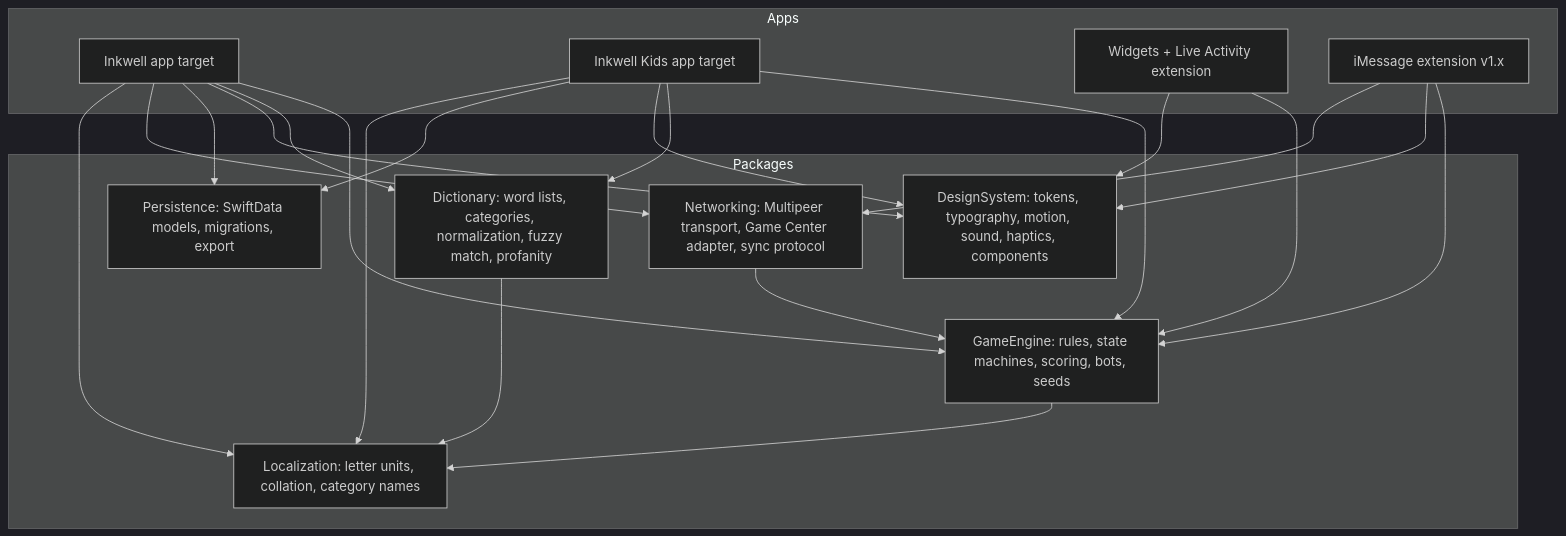
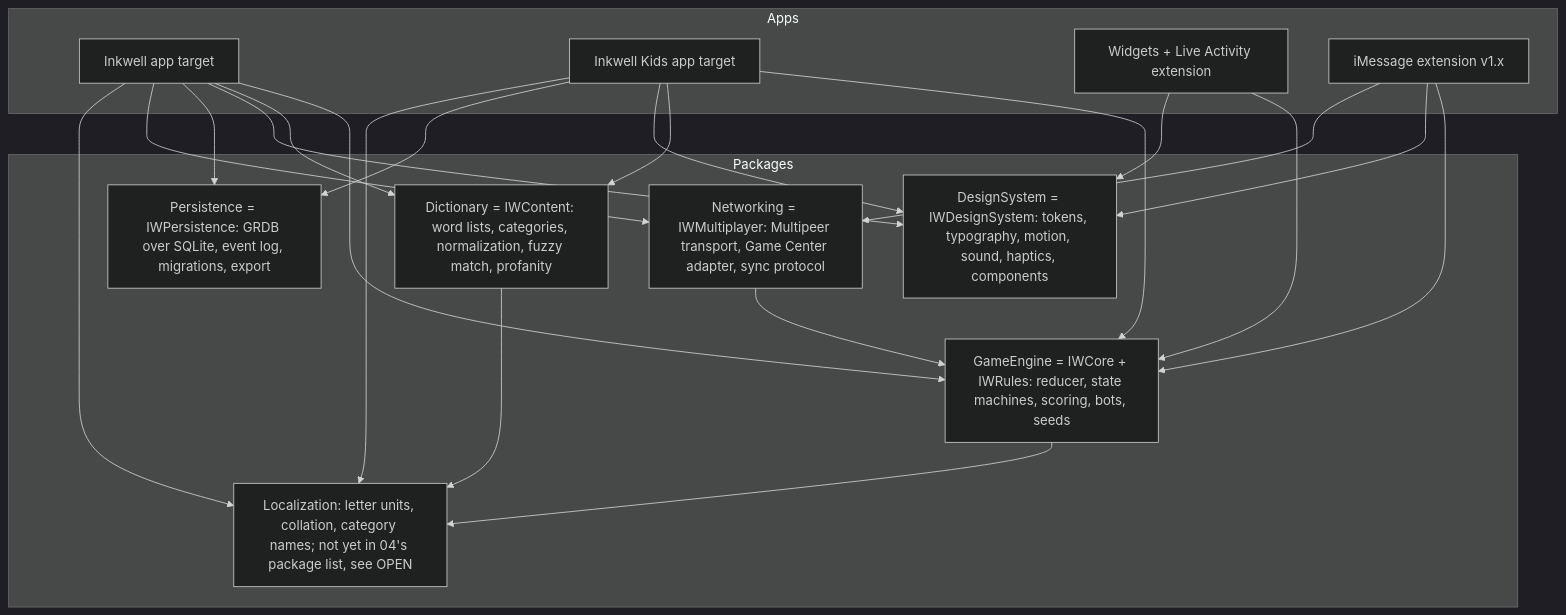
One commit to nikhilprakash24/CVIN-SC-Implementation-SSI-DID changed the second of 3 diagrams in npat-planning/master-reference/INKWELL-COMPLETE-REFERENCE.md. Above: the diagram before and after it, drawn with Mermaid (dark theme). The commit also changed other lines of this file and 17 other files, not shown here.

````diff
--- a/npat-planning/master-reference/INKWELL-COMPLETE-REFERENCE.md
+++ b/npat-planning/master-reference/INKWELL-COMPLETE-REFERENCE.md
@@ -274,24 +274,24 @@
 ```mermaid
 flowchart TB
   subgraph Apps
     A1[Inkwell app target]
     A2[Inkwell Kids app target]
     W[Widgets + Live Activity extension]
     IM[iMessage extension v1.x]
   end
   subgraph Packages
-    GE[GameEngine: rules, state machines, scoring, bots, seeds]
-    DI[Dictionary: word lists, categories, normalization, fuzzy match, profanity]
-    DS[DesignSystem: tokens, typography, motion, sound, haptics, components]
-    PE[Persistence: SwiftData models, migrations, export]
-    NW[Networking: Multipeer transport, Game Center adapter, sync protocol]
-    LO[Localization: letter units, collation, category names]
+    GE[GameEngine = IWCore + IWRules: reducer, state machines, scoring, bots, seeds]
+    DI[Dictionary = IWContent: word lists, categories, normalization, fuzzy match, profanity]
+    DS[DesignSystem = IWDesignSystem: tokens, typography, motion, sound, haptics, components]
+    PE[Persistence = IWPersistence: GRDB over SQLite, event log, migrations, export]
+    NW[Networking = IWMultiplayer: Multipeer transport, Game Center adapter, sync protocol]
+    LO[Localization: letter units, collation, category names; not yet in 04's package list, see OPEN]
   end
   A1 --> GE & DI & DS & PE & NW & LO
   A2 --> GE & DI & DS & PE & LO
   W --> GE & DS
   IM --> GE & DS & NW
   NW --> GE
   GE --> LO
   DI --> LO
 ```
````
